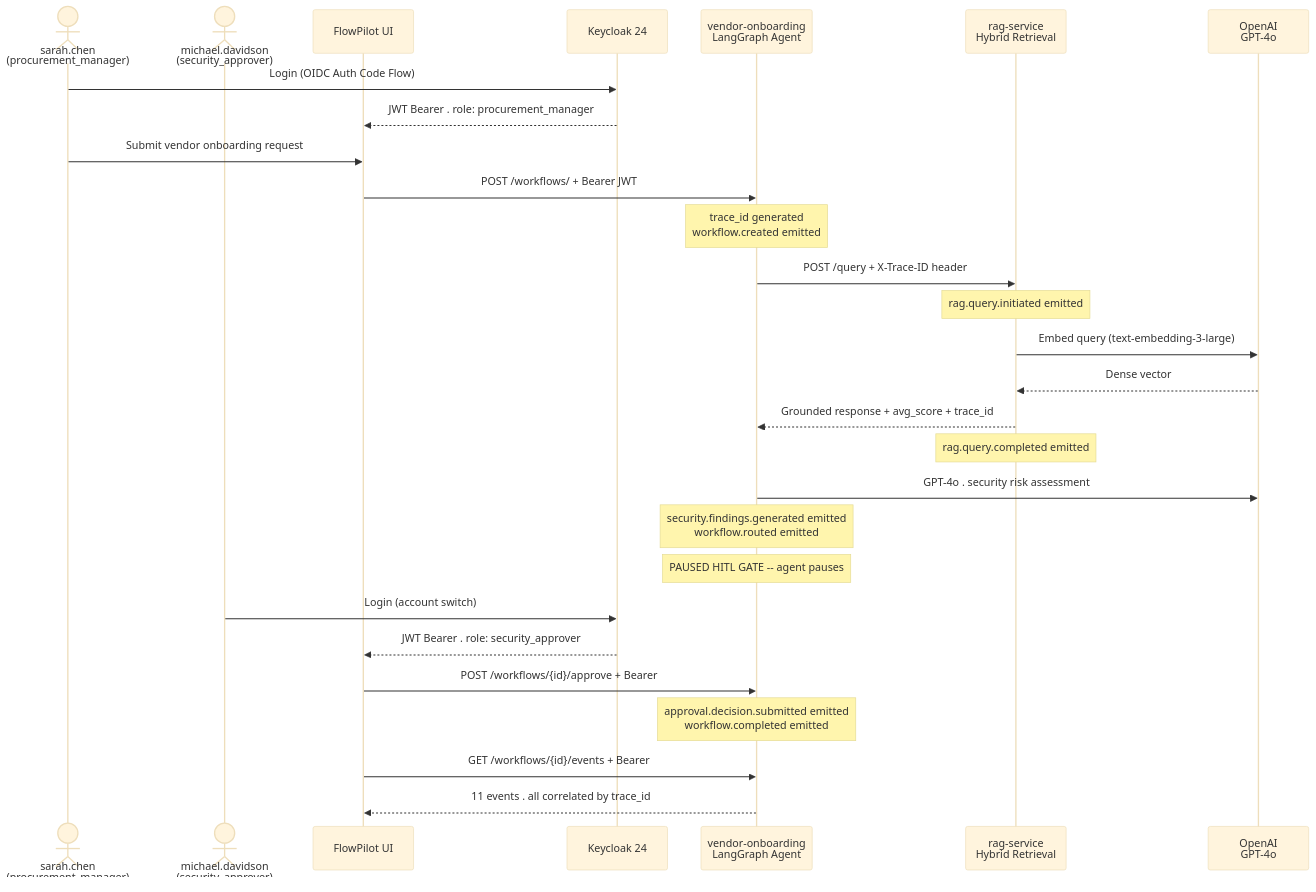
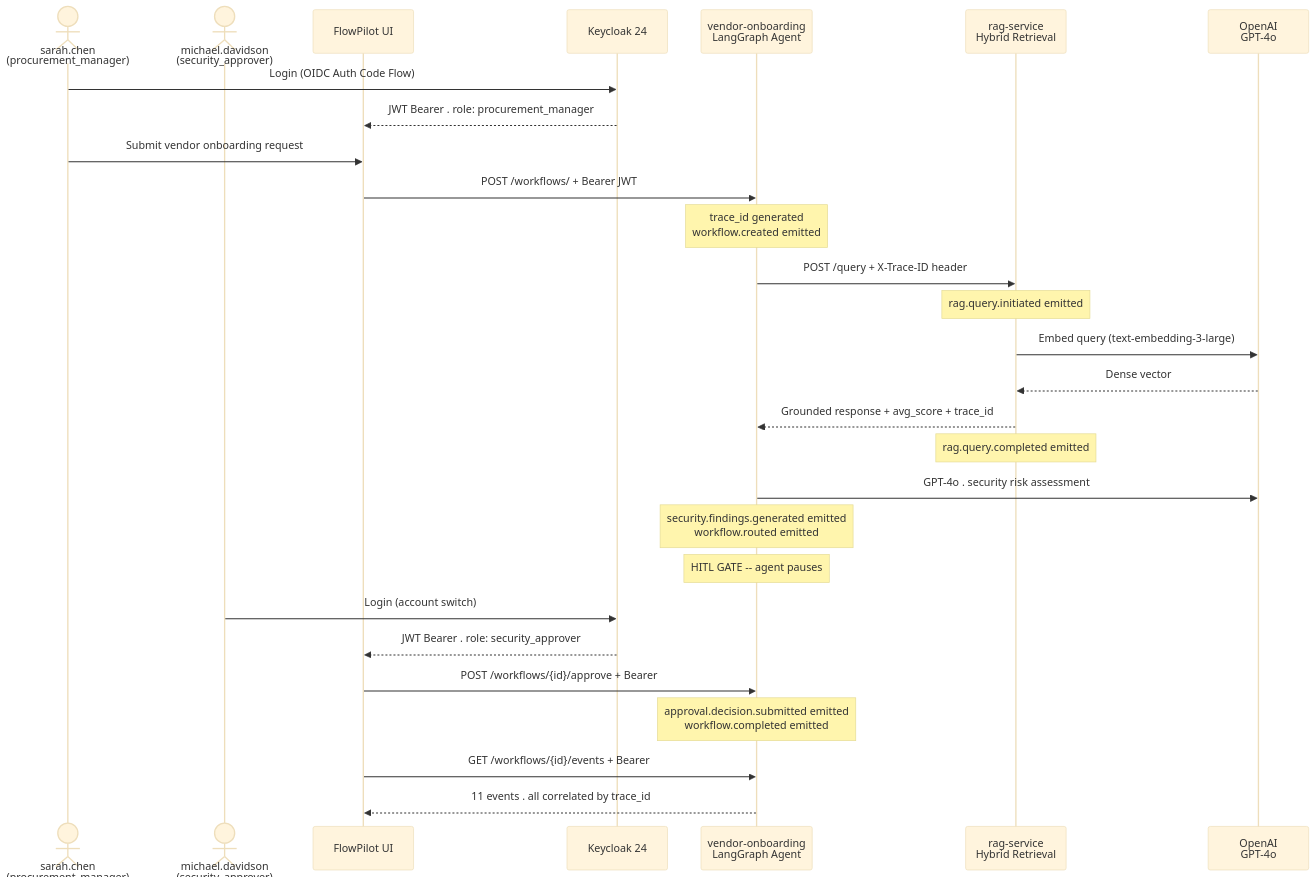
The fourth of 4 diagrams in README.md (nitindra-soekhai/flowpilot-docs), drawn with Mermaid (base theme) before and after one commit. The commit also changed other lines of this file, not shown here.

Commit message:
docs: add colour coding to architecture Mermaid diagram

````diff
--- a/README.md
+++ b/README.md
@@ -379,31 +393,31 @@
 ```mermaid
 sequenceDiagram
  actor Sarah as sarah.chen<br/>(procurement_manager)
  actor Michael as michael.davidson<br/>(security_approver)
  participant UI as FlowPilot UI
  participant KC as Keycloak 24
  participant AGENT as vendor-onboarding<br/>LangGraph Agent
  participant RAG as rag-service<br/>Hybrid Retrieval
  participant OAI as OpenAI<br/>GPT-4o
 
  Sarah->>KC: Login (OIDC Auth Code Flow)
  KC-->>UI: JWT Bearer . role: procurement_manager
  Sarah->>UI: Submit vendor onboarding request
  UI->>AGENT: POST /workflows/ + Bearer JWT
- Note over AGENT: trace_id generated<br/> workflow.created emitted
+ Note over AGENT: trace_id generated<br/>workflow.created emitted
  AGENT->>RAG: POST /query + X-Trace-ID header
  Note over RAG: rag.query.initiated emitted
  RAG->>OAI: Embed query (text-embedding-3-large)
  OAI-->>RAG: Dense vector
  RAG-->>AGENT: Grounded response + avg_score + trace_id
  Note over RAG: rag.query.completed emitted
  AGENT->>OAI: GPT-4o . security risk assessment
- Note over AGENT: security.findings.generated emitted<br/> workflow.routed emitted
- Note over AGENT: PAUSED HITL GATE -- agent pauses
+ Note over AGENT: security.findings.generated emitted<br/>workflow.routed emitted
+ Note over AGENT: HITL GATE -- agent pauses
  Michael->>KC: Login (account switch)
  KC-->>UI: JWT Bearer . role: security_approver
  UI->>AGENT: POST /workflows/{id}/approve + Bearer
- Note over AGENT: approval.decision.submitted emitted<br/> workflow.completed emitted
+ Note over AGENT: approval.decision.submitted emitted<br/>workflow.completed emitted
  UI->>AGENT: GET /workflows/{id}/events + Bearer
  AGENT-->>UI: 11 events . all correlated by trace_id
 ```
````
